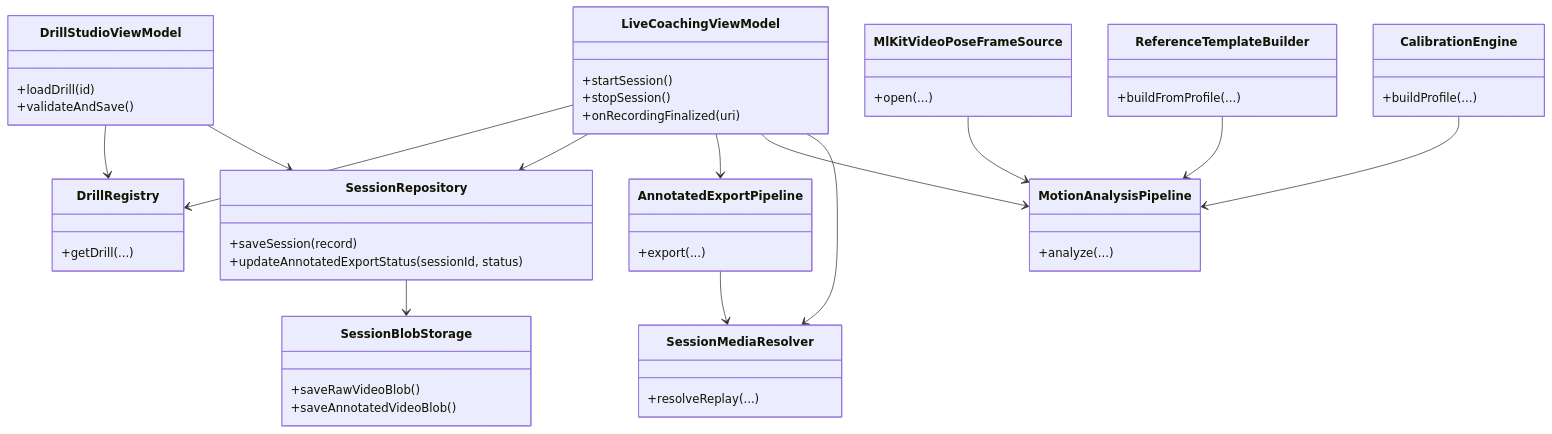
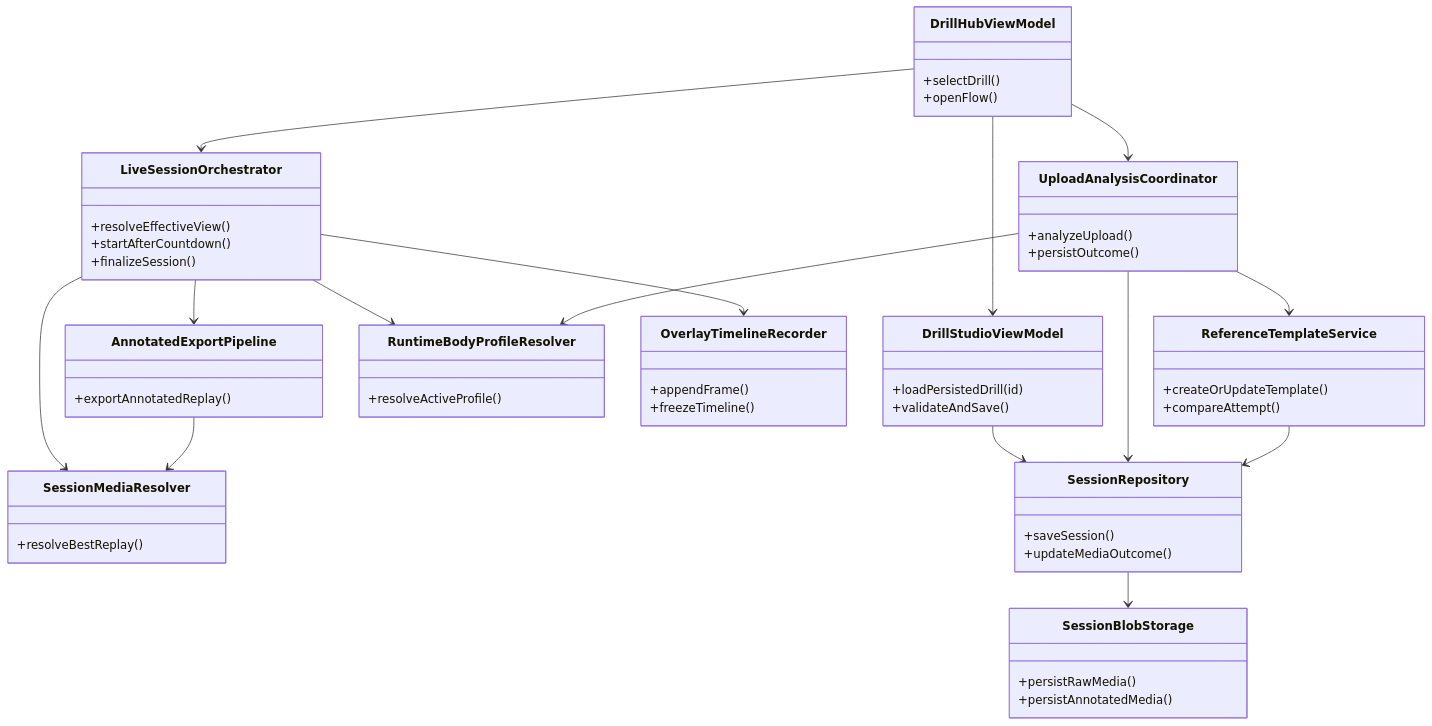
The diagram in docs/diagrams/class-diagram.md (Voycepeh/CaliVision), drawn with Mermaid before and after one commit. The commit also changed other lines of this file and 23 other files, not shown here.

Commit message:
docs: realign repo docs and diagrams with current drill-centric workflows

````diff
--- a/docs/diagrams/class-diagram.md
+++ b/docs/diagrams/class-diagram.md
@@ -3,54 +3,60 @@
 ```mermaid
 classDiagram
-    class LiveCoachingViewModel {
-      +startSession()
-      +stopSession()
-      +onRecordingFinalized(uri)
+    class DrillHubViewModel {
+      +selectDrill()
+      +openFlow()
     }
     class DrillStudioViewModel {
-      +loadDrill(id)
+      +loadPersistedDrill(id)
       +validateAndSave()
     }
+    class LiveSessionOrchestrator {
+      +resolveEffectiveView()
+      +startAfterCountdown()
+      +finalizeSession()
+    }
+    class UploadAnalysisCoordinator {
+      +analyzeUpload()
+      +persistOutcome()
+    }
+    class ReferenceTemplateService {
+      +createOrUpdateTemplate()
+      +compareAttempt()
+    }
+    class RuntimeBodyProfileResolver {
+      +resolveActiveProfile()
+    }
+    class OverlayTimelineRecorder {
+      +appendFrame()
+      +freezeTimeline()
+    }
+    class AnnotatedExportPipeline {
+      +exportAnnotatedReplay()
+    }
+    class SessionMediaResolver {
+      +resolveBestReplay()
+    }
     class SessionRepository {
-      +saveSession(record)
-      +updateAnnotatedExportStatus(sessionId, status)
+      +saveSession()
+      +updateMediaOutcome()
     }
     class SessionBlobStorage {
-      +saveRawVideoBlob()
-      +saveAnnotatedVideoBlob()
-    }
-    class AnnotatedExportPipeline {
-      +export(...)
-    }
-    class SessionMediaResolver {
-      +resolveReplay(...)
-    }
-    class DrillRegistry {
-      +getDrill(...)
-    }
-    class ReferenceTemplateBuilder {
-      +buildFromProfile(...)
-    }
-    class MlKitVideoPoseFrameSource {
-      +open(...)
-    }
-    class MotionAnalysisPipeline {
-      +analyze(...)
-    }
-    class CalibrationEngine {
-      +buildProfile(...)
+      +persistRawMedia()
+      +persistAnnotatedMedia()
     }
 
-    LiveCoachingViewModel --> DrillRegistry
-    LiveCoachingViewModel --> SessionRepository
-    LiveCoachingViewModel --> AnnotatedExportPipeline
-    LiveCoachingViewModel --> MotionAnalysisPipeline
-    LiveCoachingViewModel --> SessionMediaResolver
-    DrillStudioViewModel --> DrillRegistry
+    DrillHubViewModel --> LiveSessionOrchestrator
+    DrillHubViewModel --> UploadAnalysisCoordinator
+    DrillHubViewModel --> DrillStudioViewModel
     DrillStudioViewModel --> SessionRepository
+    LiveSessionOrchestrator --> OverlayTimelineRecorder
+    LiveSessionOrchestrator --> AnnotatedExportPipeline
+    LiveSessionOrchestrator --> SessionMediaResolver
+    LiveSessionOrchestrator --> RuntimeBodyProfileResolver
+    UploadAnalysisCoordinator --> ReferenceTemplateService
+    UploadAnalysisCoordinator --> SessionRepository
+    UploadAnalysisCoordinator --> RuntimeBodyProfileResolver
+    AnnotatedExportPipeline --> SessionMediaResolver
     SessionRepository --> SessionBlobStorage
-    AnnotatedExportPipeline --> SessionMediaResolver
-    MlKitVideoPoseFrameSource --> MotionAnalysisPipeline
-    ReferenceTemplateBuilder --> MotionAnalysisPipeline
-    CalibrationEngine --> MotionAnalysisPipeline
+    ReferenceTemplateService --> SessionRepository
 ```
````
